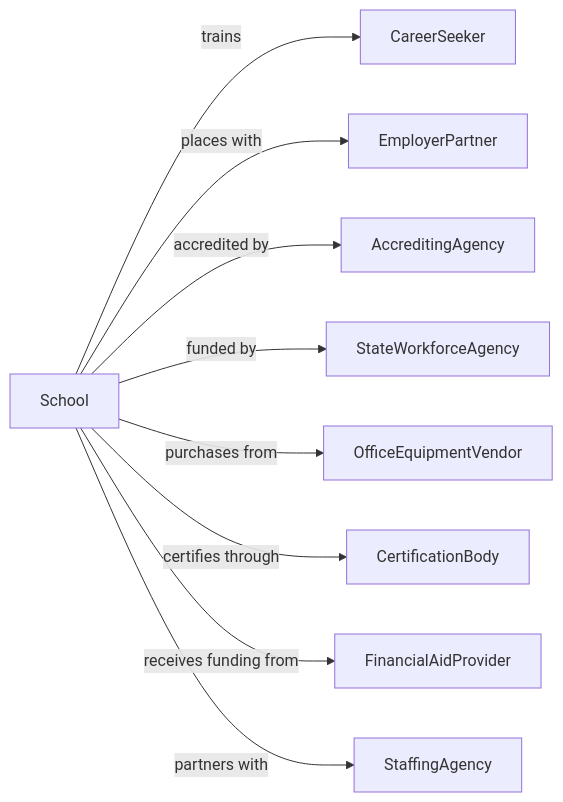
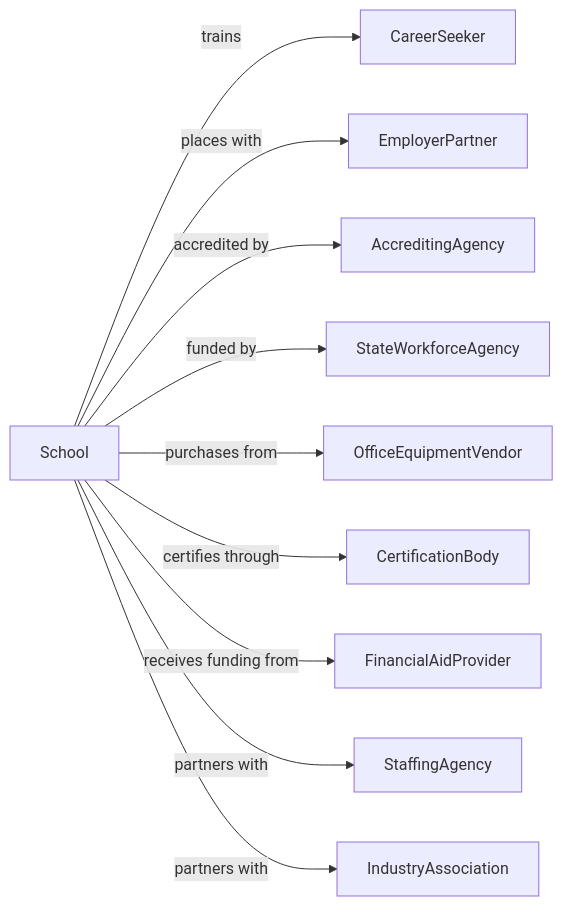
Before and after one commit to dot-org-ai/industries.org.ai: the second of 2 diagrams in Education/Education/BusinessSchoolsAndComputerAndManagementTraining/BusinessAndSecretarialSchools.mdx, drawn with Mermaid. The commit also changed 588 other files, not shown here.

````diff
--- a/Education/Education/BusinessSchoolsAndComputerAndManagementTraining/BusinessAndSecretarialSchools.mdx
+++ b/Education/Education/BusinessSchoolsAndComputerAndManagementTraining/BusinessAndSecretarialSchools.mdx
@@ -138,13 +138,14 @@
 ```mermaid
 graph LR
     S[School]
 
     S -->|trains| CareerSeeker
     S -->|places with| EmployerPartner
     S -->|accredited by| AccreditingAgency
     S -->|funded by| StateWorkforceAgency
     S -->|purchases from| OfficeEquipmentVendor
     S -->|certifies through| CertificationBody
     S -->|receives funding from| FinancialAidProvider
     S -->|partners with| StaffingAgency
+    S -->|partners with| IndustryAssociation
 ```
````
